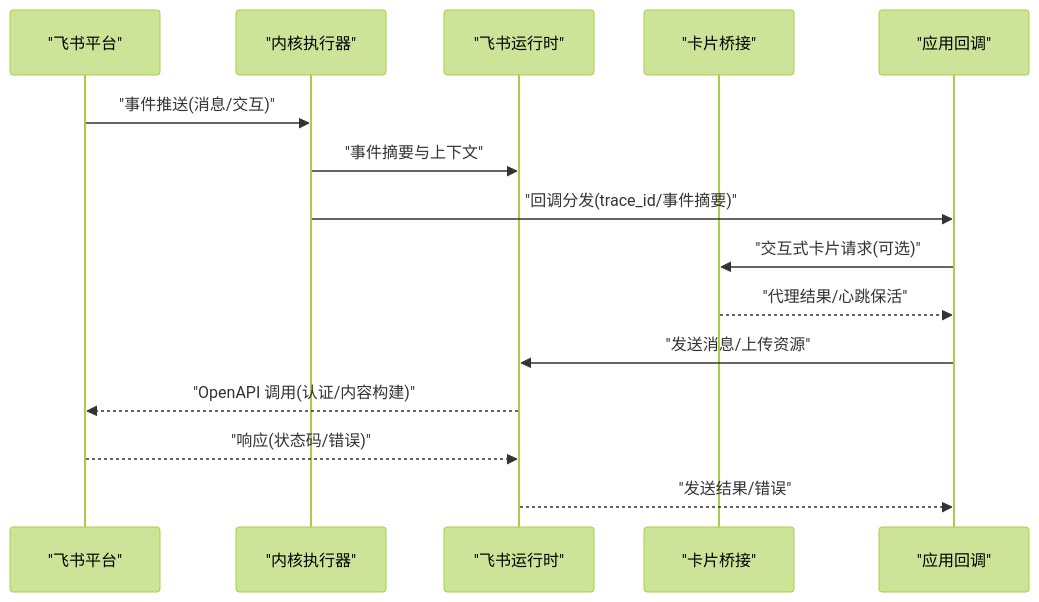
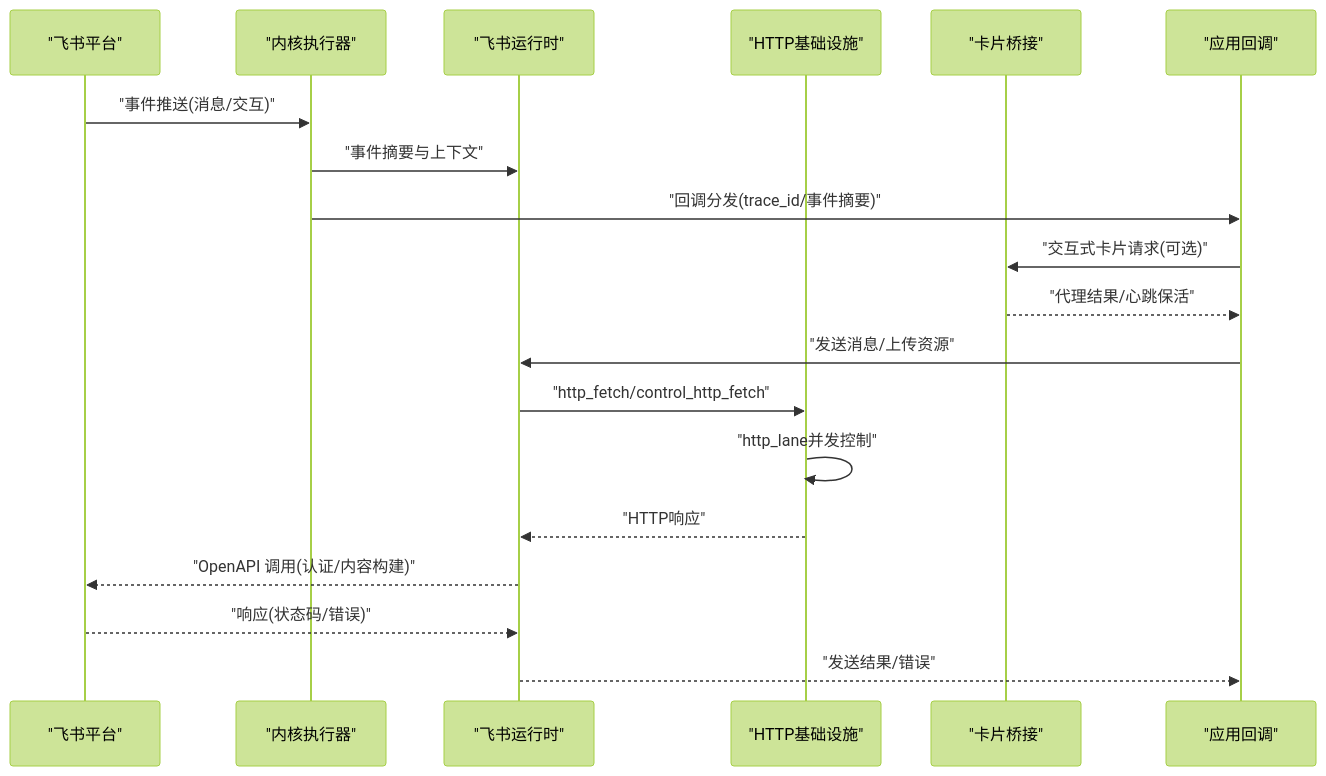
Before and after one commit to guweigang/vhttpd: the second of 7 diagrams in .qoder/repowiki/zh/content/企业级集成/飞书(Feishu) 集成.md, drawn with Mermaid (forest theme). The commit also changed other lines of this file and 54 other files, not shown here.

````diff
--- a/.qoder/repowiki/zh/content/企业级集成/飞书(Feishu) 集成.md
+++ b/.qoder/repowiki/zh/content/企业级集成/飞书(Feishu) 集成.md
@@ -120,17 +150,21 @@
 ```mermaid
 sequenceDiagram
 participant FS as "飞书平台"
 participant EX as "内核执行器"
 participant RT as "飞书运行时"
+participant HTTP as "HTTP基础设施"
 participant BR as "卡片桥接"
 participant APP as "应用回调"
 FS->>EX : "事件推送(消息/交互)"
 EX->>RT : "事件摘要与上下文"
 EX->>APP : "回调分发(trace_id/事件摘要)"
 APP->>BR : "交互式卡片请求(可选)"
 BR-->>APP : "代理结果/心跳保活"
 APP->>RT : "发送消息/上传资源"
+RT->>HTTP : "http_fetch/control_http_fetch"
+HTTP->>HTTP : "http_lane并发控制"
+HTTP-->>RT : "HTTP响应"
 RT-->>FS : "OpenAPI 调用(认证/内容构建)"
 FS-->>RT : "响应(状态码/错误)"
 RT-->>APP : "发送结果/错误"
 ```
````
